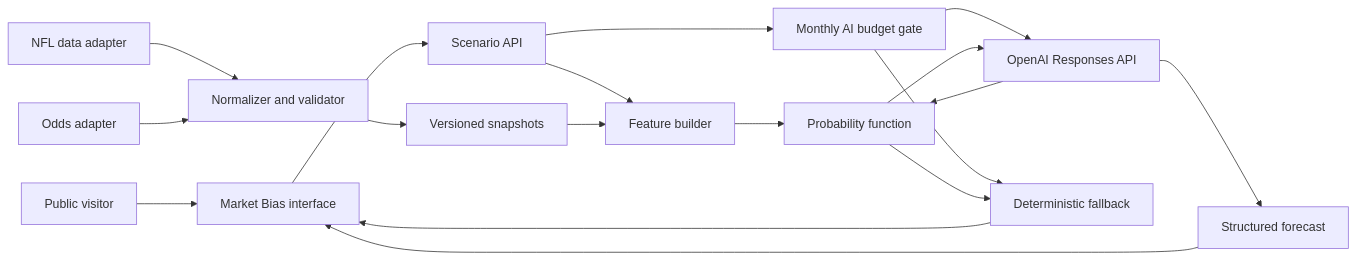
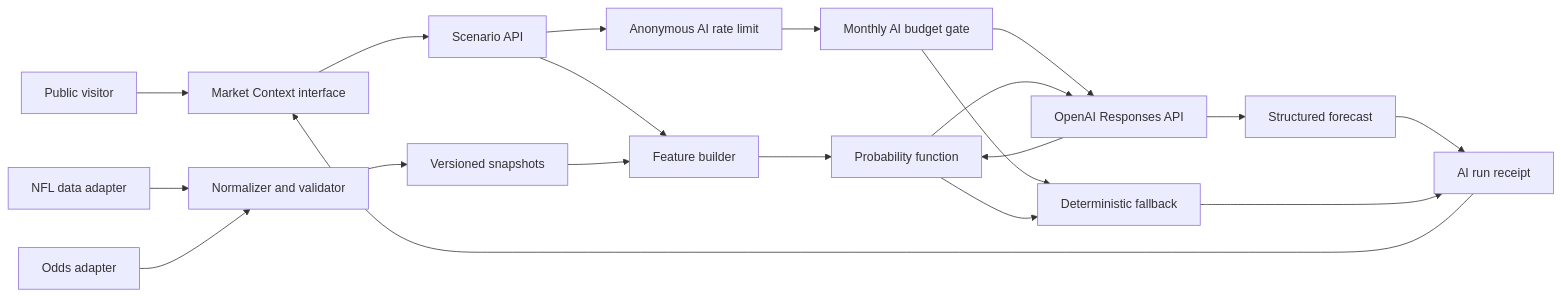
One commit to erlawler/road-to-six changed the diagram in docs/architecture.md. Above: the diagram before and after it, drawn with Mermaid. The commit also changed other lines of this file and 46 other files, not shown here.

````diff
--- a/docs/architecture.md
+++ b/docs/architecture.md
@@ -13,34 +13,38 @@
 ```mermaid
 flowchart LR
     visitor[Public visitor]
-    ui[Market Bias interface]
+    ui[Market Context interface]
     football[NFL data adapter]
     odds[Odds adapter]
     ingest[Normalizer and validator]
     snapshots[Versioned snapshots]
     scenario[Scenario API]
     features[Feature builder]
     probability[Probability function]
+    limit[Anonymous AI rate limit]
     budget[Monthly AI budget gate]
     ai[OpenAI Responses API]
+    receipt[AI run receipt]
     result[Structured forecast]
     fallback[Deterministic fallback]
 
     visitor --> ui
     football --> ingest
     odds --> ingest
     ingest --> snapshots
     ui --> scenario
     scenario --> features
     snapshots --> features
     features --> probability
-    scenario --> budget
+    scenario --> limit
+    limit --> budget
     budget --> ai
     budget --> fallback
     ai --> probability
     probability --> ai
     ai --> result
+    result --> receipt
     probability --> fallback
-    result --> ui
-    fallback --> ui
+    receipt --> ui
+    fallback --> receipt
 ```
````
